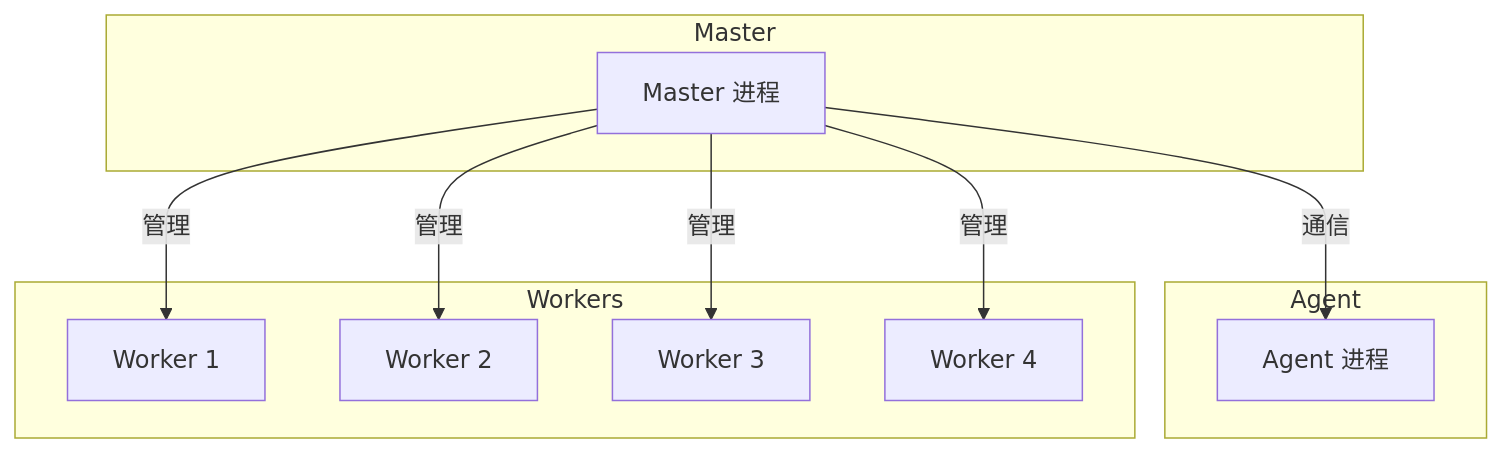
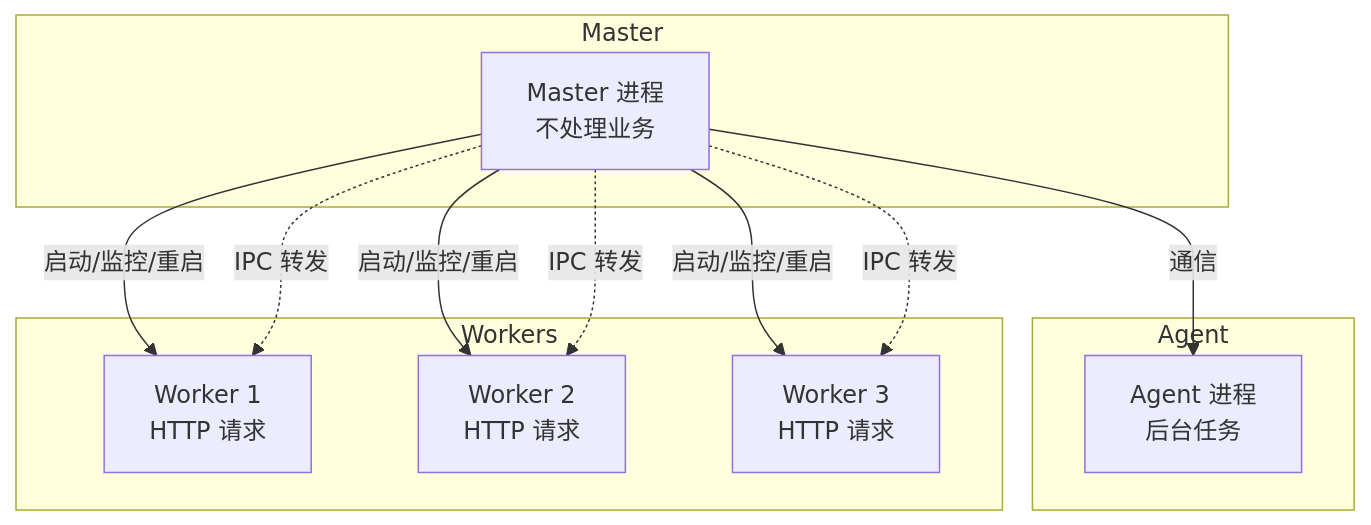
Before and after one commit to jun2333/knowledge: the diagram in docs/service/egg.md, drawn with Mermaid. The commit also changed other lines of this file and 66 other files, not shown here.

````diff
--- a/docs/service/egg.md
+++ b/docs/service/egg.md
@@ -305,23 +426,24 @@
 ```mermaid
 graph TB
     subgraph Master
-        M1[Master 进程]
+        M1[Master 进程<br/>不处理业务]
     end
 
     subgraph Agent
-        A1[Agent 进程]
+        A1[Agent 进程<br/>后台任务]
     end
 
     subgraph Workers
-        W1[Worker 1]
-        W2[Worker 2]
-        W3[Worker 3]
-        W4[Worker 4]
+        W1[Worker 1<br/>HTTP 请求]
+        W2[Worker 2<br/>HTTP 请求]
+        W3[Worker 3<br/>HTTP 请求]
     end
 
-    M1 -->|管理| W1
-    M1 -->|管理| W2
-    M1 -->|管理| W3
-    M1 -->|管理| W4
+    M1 -->|启动/监控/重启| W1
+    M1 -->|启动/监控/重启| W2
+    M1 -->|启动/监控/重启| W3
     M1 -->|通信| A1
+    M1 -.IPC 转发.-> W1
+    M1 -.IPC 转发.-> W2
+    M1 -.IPC 转发.-> W3
 ```
````
